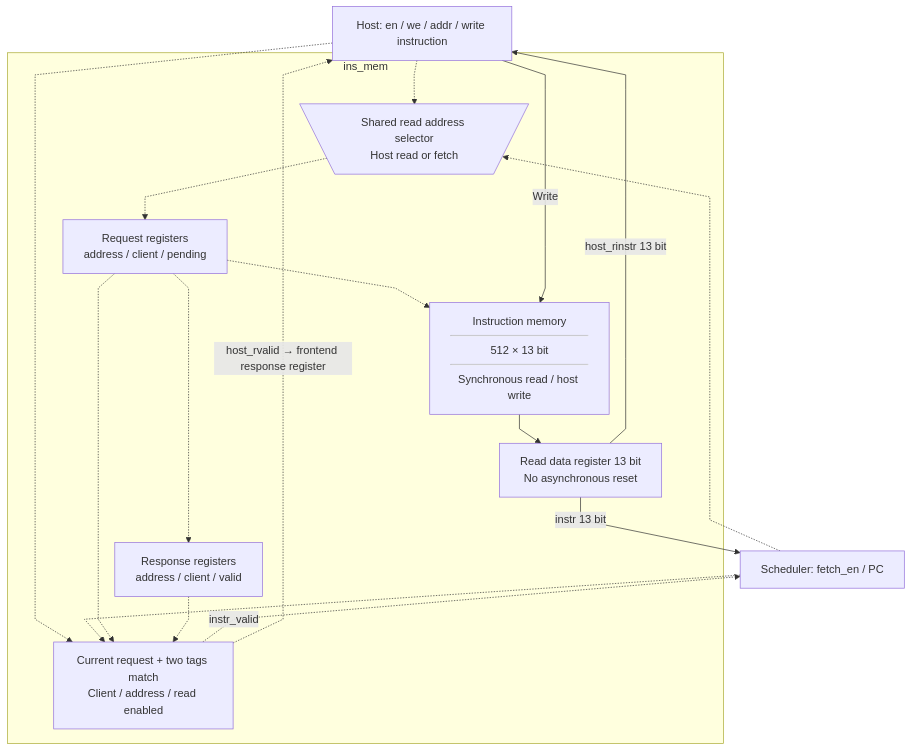
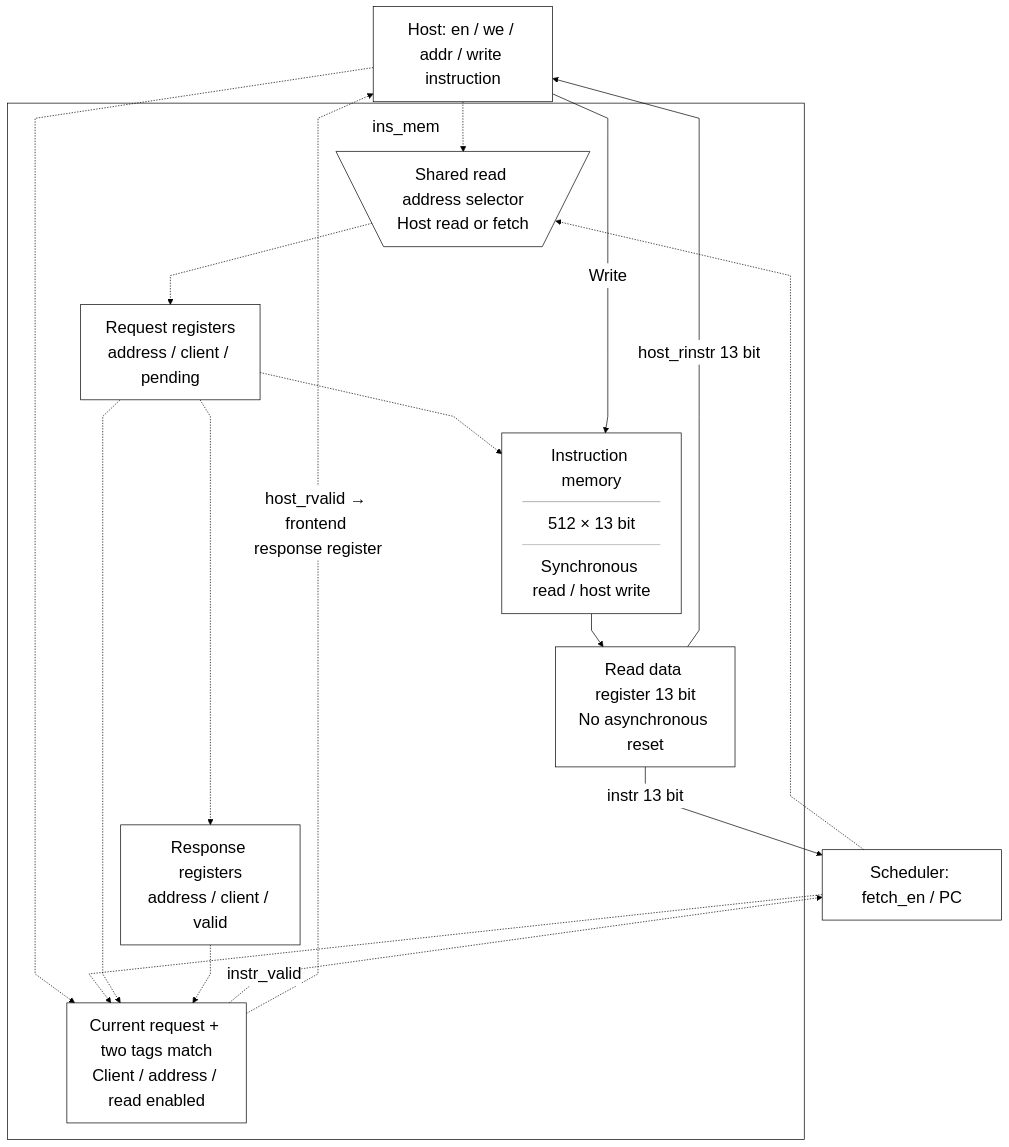
Before and after one commit to nguyennhutkhanhtom/NPU: the diagram in docs/source_guide/blocks/ins_mem.sv.md, drawn with Mermaid. The commit also changed 102 other files, not shown here.

First line of the commit message:
docs: refresh guides and source-grounded RTL diagrams

````diff
--- a/docs/source_guide/blocks/ins_mem.sv.md
+++ b/docs/source_guide/blocks/ins_mem.sv.md
@@ -15,29 +15,31 @@
 ```mermaid
+%%{init: {"theme":"base","fontFamily":"Arial, sans-serif","themeVariables":{"fontSize":"24px","primaryColor":"#ffffff","primaryTextColor":"#000000","primaryBorderColor":"#000000","secondaryColor":"#ffffff","tertiaryColor":"#ffffff","lineColor":"#000000","textColor":"#000000","mainBkg":"#ffffff","nodeBorder":"#000000","clusterBkg":"#ffffff","clusterBorder":"#000000","edgeLabelBackground":"#ffffff"},"flowchart":{"htmlLabels":true,"useMaxWidth":false,"nodeSpacing":32,"rankSpacing":48,"curve":"linear","subGraphTitleMargin":{"top":16,"bottom":30}}}}%%
 flowchart TB
-%%{init: {"flowchart": {"subGraphTitleMargin": {"top": 8, "bottom": 45}, "nodeSpacing": 28, "rankSpacing": 42, "curve": "linear"}}}%%
-    H["Host: en / we / addr / write instruction"]
+H["Host: en / we / addr / write instruction"]
     F["Scheduler: fetch_en / PC"]
     subgraph IM["ins_mem"]
         MUX@{ shape: trap-t, label: "Shared read address selector<br/>Host read or fetch" }
         REQ["Request registers<br/>address / client / pending"]
         RAM@{ shape: rect, label: "Instruction memory<hr/>512 × 13 bit<hr/>Synchronous read / host write" }
         DATA["Read data register 13 bit<br/>No asynchronous reset"]
         RESP["Response registers<br/>address / client / valid"]
         MATCH["Current request + two tags match<br/>Client / address / read enabled"]
     end
     H -.-> MUX
     F -.-> MUX
     MUX -.-> REQ
     REQ -.-> RAM
     H -->|"Write"| RAM
     RAM --> DATA
     REQ -.-> RESP
     H -.-> MATCH
     F -.-> MATCH
     REQ -.-> MATCH
     RESP -.-> MATCH
     DATA -->|"instr 13 bit"| F
     DATA -->|"host_rinstr 13 bit"| H
     MATCH -.->|"instr_valid"| F
     MATCH -.->|"host_rvalid → frontend response register"| H
+    classDef default fill:white,stroke:black,color:black,font-size:24px;
+    linkStyle default stroke:black,color:black;
 ```
````
